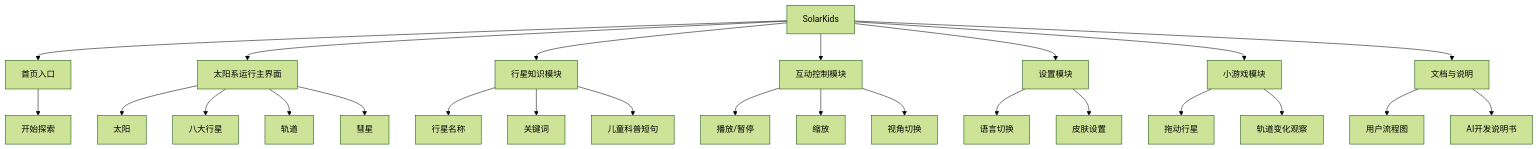
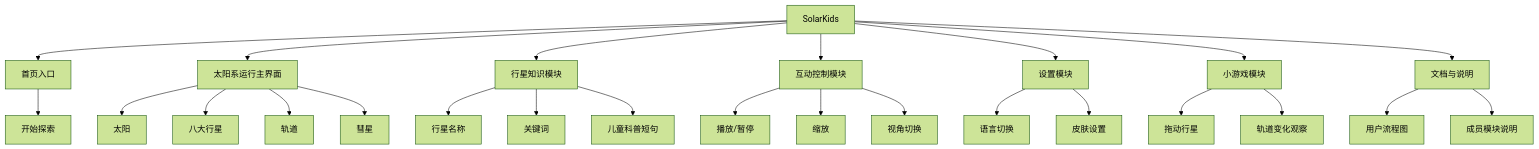
The diagram in docs/产品设计说明.md (shf241/solarkids), drawn with Mermaid (forest theme) before and after one commit. The commit also changed other lines of this file and 7 other files, not shown here.

````diff
--- a/docs/产品设计说明.md
+++ b/docs/产品设计说明.md
@@ -52,28 +43,28 @@
 ```mermaid
 flowchart TD
     A["SolarKids"] --> B["首页入口"]
     A --> C["太阳系运行主界面"]
     A --> D["行星知识模块"]
     A --> E["互动控制模块"]
     A --> F["设置模块"]
     A --> G["小游戏模块"]
     A --> H["文档与说明"]
 
     B --> B1["开始探索"]
     C --> C1["太阳"]
     C --> C2["八大行星"]
     C --> C3["轨道"]
     C --> C4["彗星"]
     D --> D1["行星名称"]
     D --> D2["关键词"]
     D --> D3["儿童科普短句"]
     E --> E1["播放/暂停"]
     E --> E2["缩放"]
     E --> E3["视角切换"]
     F --> F1["语言切换"]
     F --> F2["皮肤设置"]
     G --> G1["拖动行星"]
     G --> G2["轨道变化观察"]
     H --> H1["用户流程图"]
-    H --> H2["AI开发说明书"]
+    H --> H2["成员模块说明"]
 ```
````
